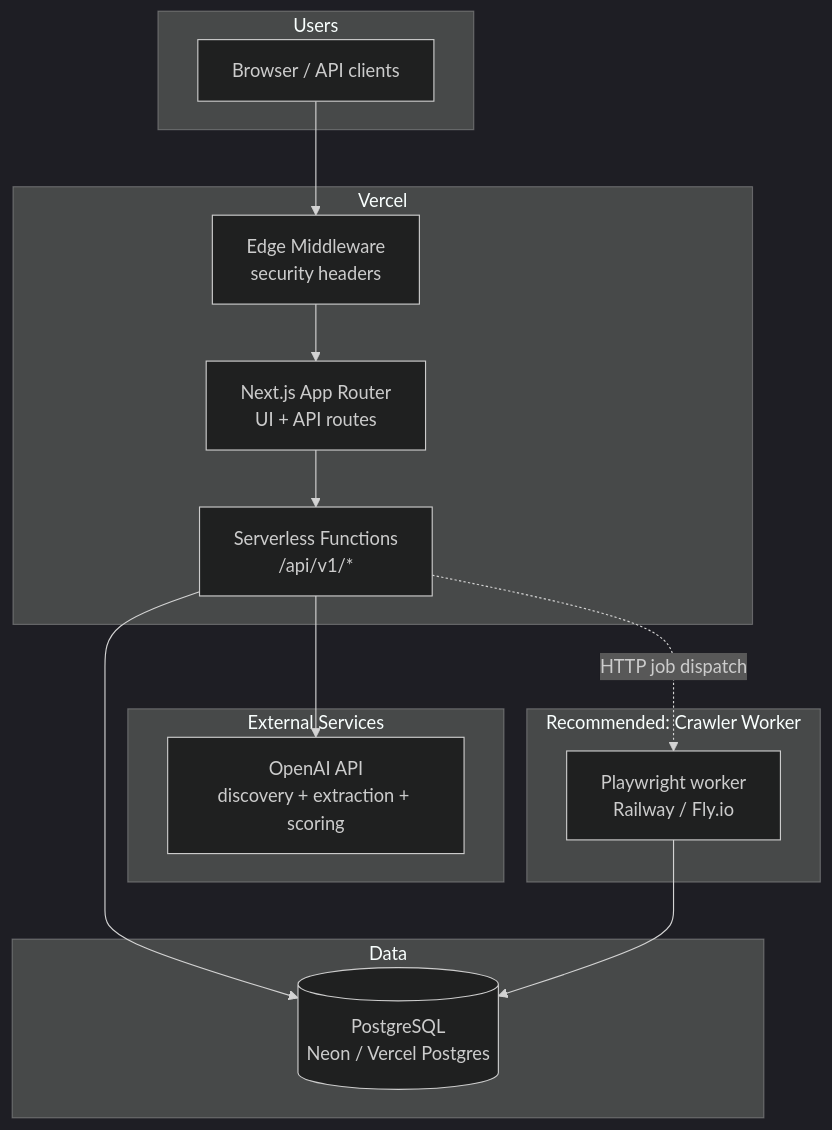
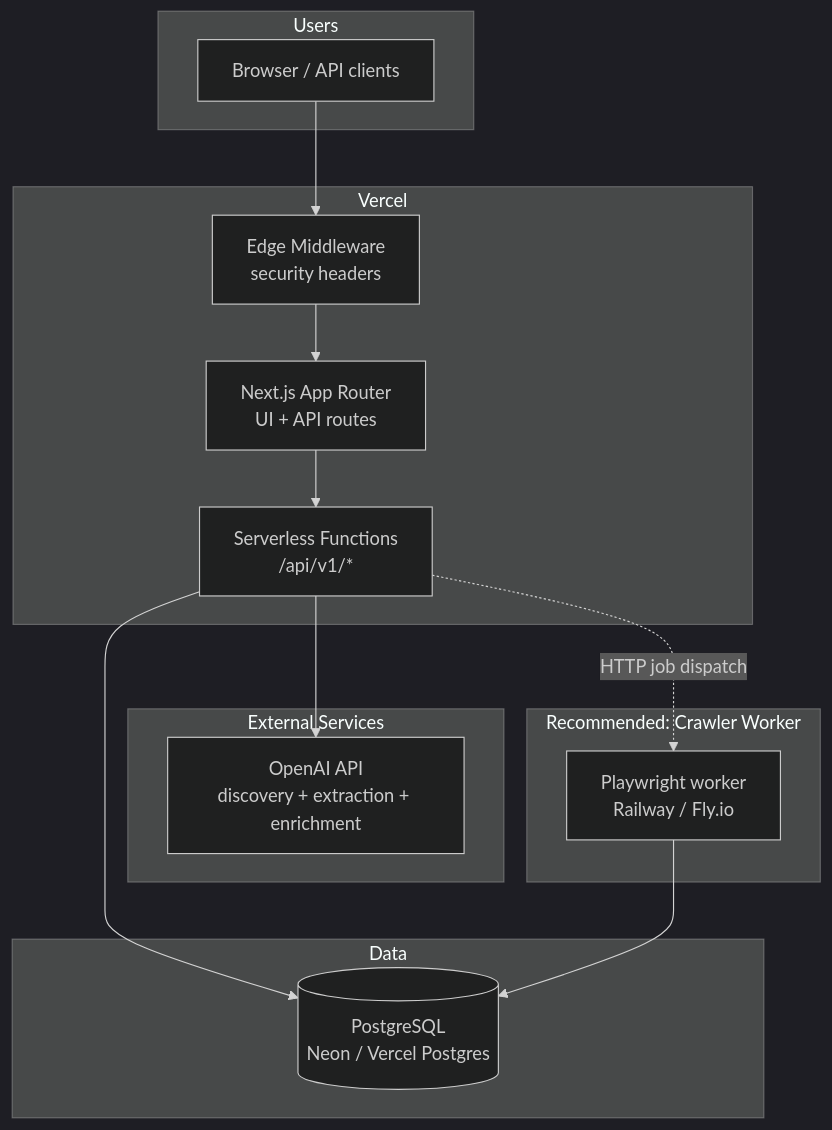
Before and after one commit to sherwin-casem/Sales-support-tool: the diagram in docs/deployment.md, drawn with Mermaid (dark theme). The commit also changed other lines of this file and 57 other files, not shown here.

````diff
--- a/docs/deployment.md
+++ b/docs/deployment.md
@@ -9,31 +9,31 @@
 ```mermaid
 flowchart TB
   subgraph users [Users]
     Browser[Browser / API clients]
   end
 
   subgraph vercel [Vercel]
     Edge[Edge Middleware<br/>security headers]
     Next[Next.js App Router<br/>UI + API routes]
     Fn[Serverless Functions<br/>/api/v1/*]
   end
 
   subgraph data [Data]
     PG[(PostgreSQL<br/>Neon / Vercel Postgres)]
   end
 
   subgraph external [External Services]
-    OpenAI[OpenAI API<br/>discovery + extraction + scoring]
+    OpenAI[OpenAI API<br/>discovery + extraction + enrichment]
   end
 
   subgraph worker [Recommended: Crawler Worker]
     Crawler[Playwright worker<br/>Railway / Fly.io]
   end
 
   Browser --> Edge --> Next
   Next --> Fn
   Fn --> PG
   Fn --> OpenAI
   Fn -.->|HTTP job dispatch| Crawler
   Crawler --> PG
 ```
````
